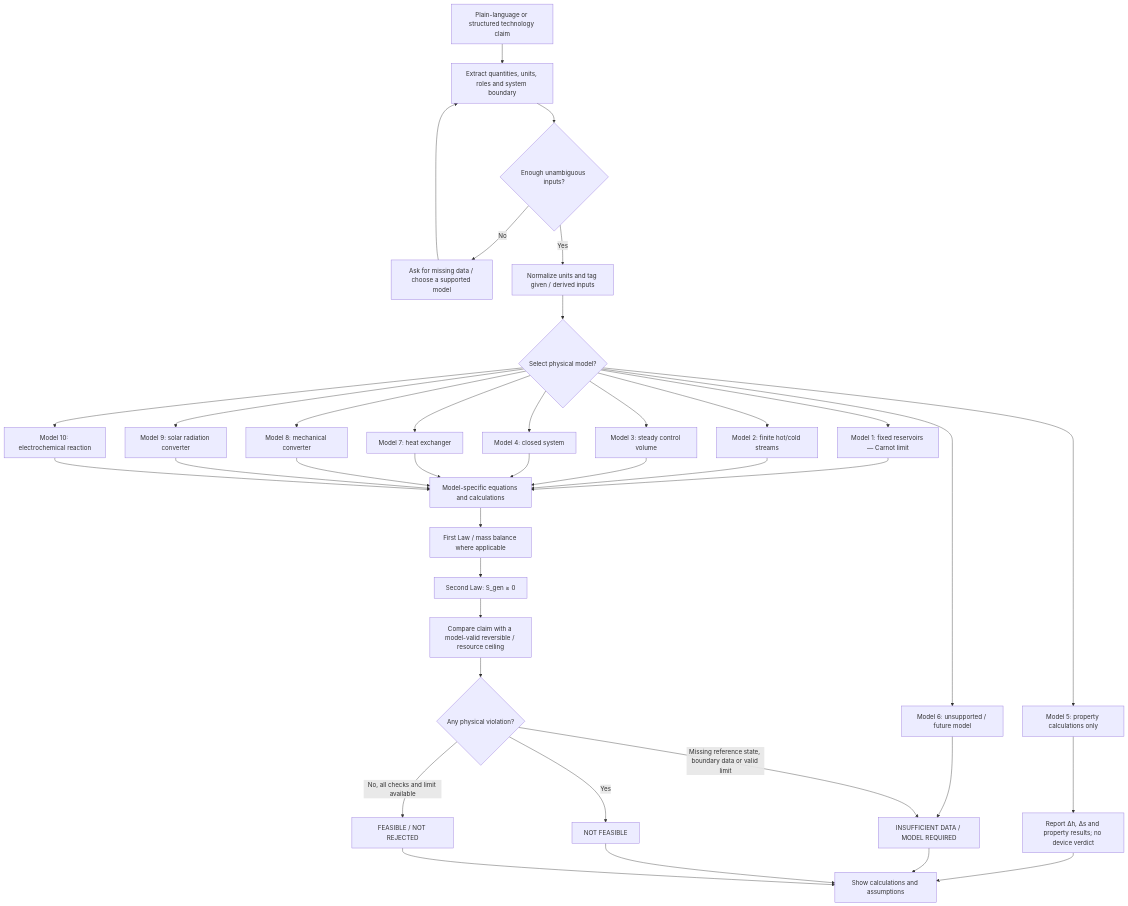
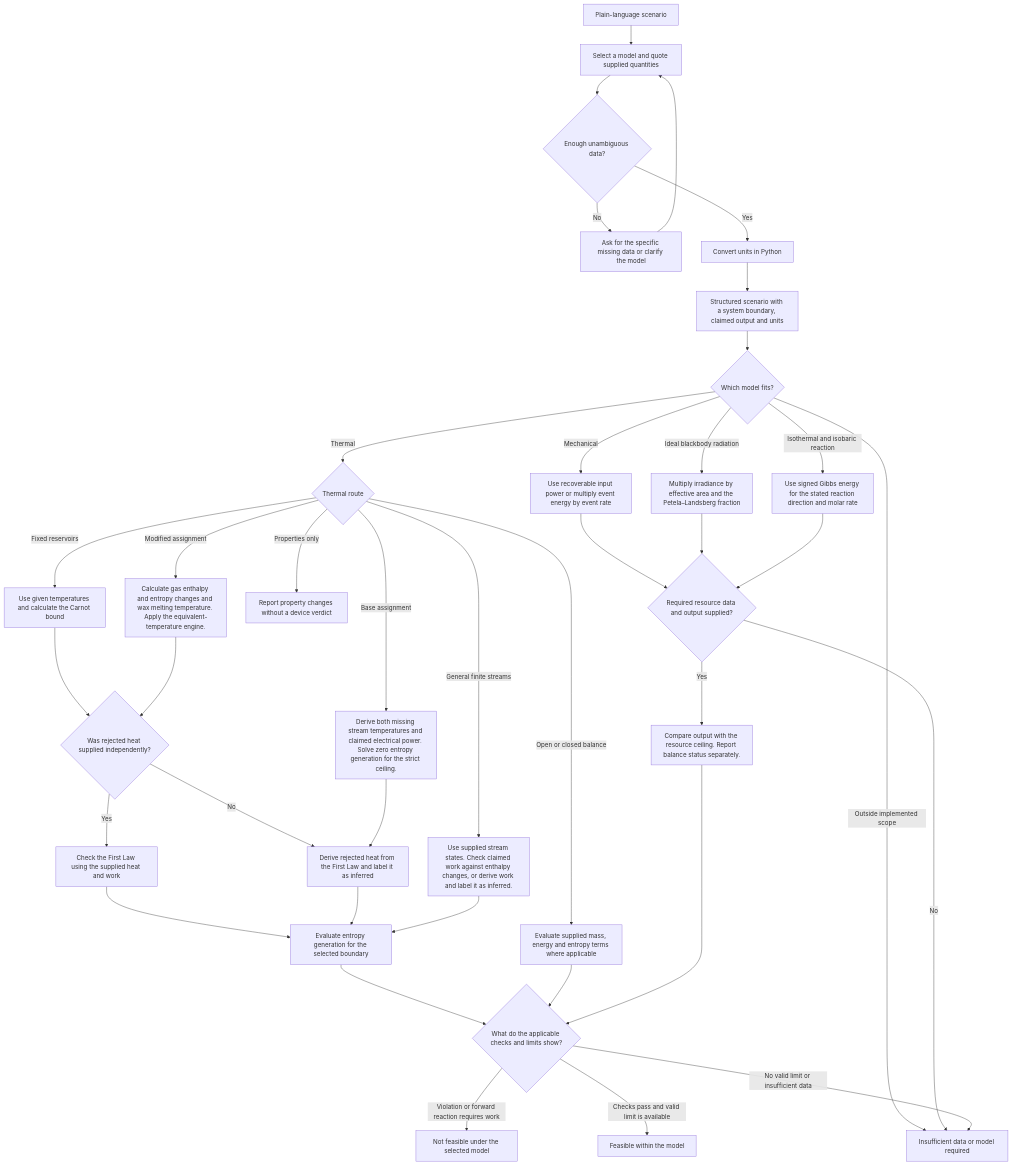
The diagram in FLOWCHART.md (keshavichhodavadia-del/thermodynamic-feasibility-tester), drawn with Mermaid before and after one commit. The commit also changed other lines of this file and 32 other files, not shown here.

````diff
--- a/FLOWCHART.md
+++ b/FLOWCHART.md
@@ -3,43 +3,42 @@
 ```mermaid
 flowchart TD
-    Text["Plain-language or structured technology claim"] --> Parse["Extract quantities, units, roles and system boundary"]
-    Parse --> Validate{"Enough unambiguous inputs?"}
-    Validate -->|No| Ask["Ask for missing data / choose a supported model"]
-    Ask --> Parse
-    Validate -->|Yes| Normalize["Normalize units and tag given / derived inputs"]
-    Normalize --> Select{"Select physical model?"}
+    Text["Plain-language scenario"] --> Extract["Select a model and quote supplied quantities"]
+    Extract --> Validate{"Enough unambiguous data?"}
+    Validate -->|No| Followup["Ask for the specific missing data or clarify the model"]
+    Followup --> Extract
+    Validate -->|Yes| Normalize["Convert units in Python"]
+    Normalize --> Start
+    Start["Structured scenario with a system boundary, claimed output and units"] --> Select{"Which model fits?"}
+    Select -->|Thermal| Thermal{"Thermal route"}
+    Select -->|Mechanical| Mech["Use recoverable input power or multiply event energy by event rate"]
+    Select -->|Ideal blackbody radiation| Solar["Multiply irradiance by effective area and the Petela–Landsberg fraction"]
+    Select -->|Isothermal and isobaric reaction| Chem["Use signed Gibbs energy for the stated reaction direction and molar rate"]
+    Select -->|Outside implemented scope| Missing["Insufficient data or model required"]
 
-    Select --> M1["Model 1: fixed reservoirs — Carnot limit"]
-    Select --> M2["Model 2: finite hot/cold streams"]
-    Select --> M3["Model 3: steady control volume"]
-    Select --> M4["Model 4: closed system"]
-    Select --> M5["Model 5: property calculations only"]
-    Select --> M6["Model 6: unsupported / future model"]
-    Select --> M7["Model 7: heat exchanger"]
-    Select --> M8["Model 8: mechanical converter"]
-    Select --> M9["Model 9: solar radiation converter"]
-    Select --> M10["Model 10: electrochemical reaction"]
+    Thermal -->|Fixed reservoirs| Fixed["Use given temperatures and calculate the Carnot bound"]
+    Thermal -->|General finite streams| Streams["Use supplied stream states. Check claimed work against enthalpy changes, or derive work and label it as inferred."]
+    Thermal -->|Base assignment| Base["Derive both missing stream temperatures and claimed electrical power. Solve zero entropy generation for the strict ceiling."]
+    Thermal -->|Modified assignment| Wax["Calculate gas enthalpy and entropy changes and wax melting temperature. Apply the equivalent-temperature engine."]
+    Thermal -->|Open or closed balance| General["Evaluate supplied mass, energy and entropy terms where applicable"]
+    Thermal -->|Properties only| Prop["Report property changes without a device verdict"]
 
-    M1 --> Common["Model-specific equations and calculations"]
-    M2 --> Common
-    M3 --> Common
-    M4 --> Common
-    M5 --> Property["Report Δh, Δs and property results; no device verdict"]
-    M6 --> AskModel["INSUFFICIENT DATA / MODEL REQUIRED"]
-    M7 --> Common
-    M8 --> Common
-    M9 --> Common
-    M10 --> Common
-
-    Common --> First["First Law / mass balance where applicable"]
-    First --> Second["Second Law: S_gen ≥ 0"]
-    Second --> Limit["Compare claim with a model-valid reversible / resource ceiling"]
-    Limit --> Verdict{"Any physical violation?"}
-    Verdict -->|Yes| Reject["NOT FEASIBLE"]
-    Verdict -->|No, all checks and limit available| Pass["FEASIBLE / NOT REJECTED"]
-    Verdict -->|Missing reference state, boundary data or valid limit| AskModel
-    Property --> Report["Show calculations and assumptions"]
-    AskModel --> Report
-    Reject --> Report
-    Pass --> Report
+    Fixed --> Heat{"Was rejected heat supplied independently?"}
+    Wax --> Heat
+    Heat -->|Yes| Independent["Check the First Law using the supplied heat and work"]
+    Heat -->|No| Derived["Derive rejected heat from the First Law and label it as inferred"]
+    Base --> Derived
+    Independent --> Entropy["Evaluate entropy generation for the selected boundary"]
+    Derived --> Entropy
+    Streams --> Entropy
+    Entropy --> Review{"What do the applicable checks and limits show?"}
+    General --> Review
+    Mech --> Resource{"Required resource data and output supplied?"}
+    Solar --> Resource
+    Chem --> Resource
+    Resource -->|No| Missing
+    Resource -->|Yes| Limit["Compare output with the resource ceiling. Report balance status separately."]
+    Limit --> Review
+    Review -->|Violation or forward reaction requires work| Fail["Not feasible under the selected model"]
+    Review -->|Checks pass and valid limit is available| Pass["Feasible within the model"]
+    Review -->|No valid limit or insufficient data| Missing
 ```
````
